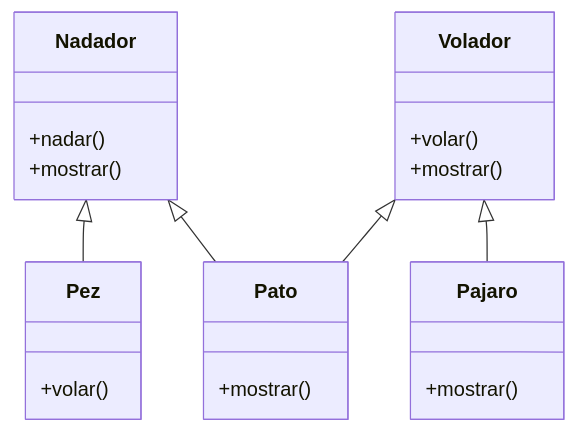
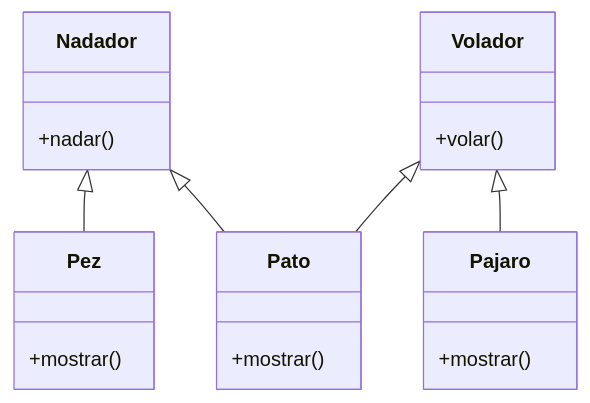
One commit to bk320/psg-oop-2025 changed the diagram in retos_sesion_05/ejercicio_02.md. Above: the diagram before and after it, drawn with Mermaid. The commit also changed other lines of this file and 3 other files, not shown here.

````diff
--- a/retos_sesion_05/ejercicio_02.md
+++ b/retos_sesion_05/ejercicio_02.md
@@ -72,24 +107,22 @@
 ```mermaid
 classDiagram
     class Nadador {
         +nadar()
-        +mostrar()
     }
     class Volador {
         +volar()
-        +mostrar()
     }
     class Pez {
-        +volar()
+        +mostrar()
     }
     class Pajaro {
         +mostrar()
     }
     class Pato {
         +mostrar()
     }
     Nadador <|-- Pez
     Volador <|-- Pajaro
     Nadador <|-- Pato
     Volador <|-- Pato
 ```
````
